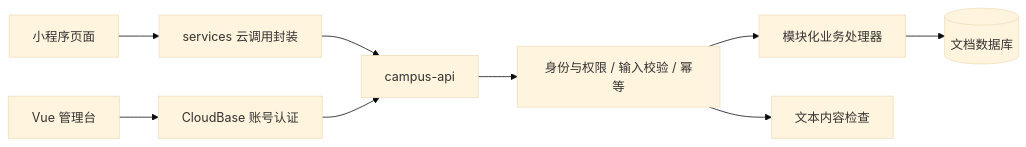
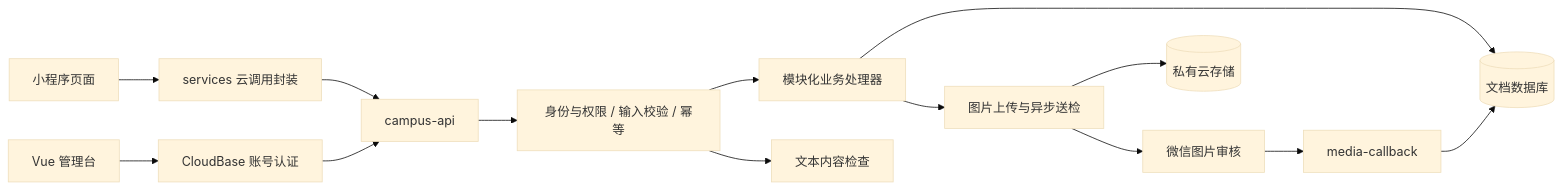
Before and after one commit to lkuko/ORR: the diagram in docs/technical-study-guide.md, drawn with Mermaid (base theme). The commit also changed other lines of this file and 2 other files, not shown here.

````diff
--- a/docs/technical-study-guide.md
+++ b/docs/technical-study-guide.md
@@ -39,11 +42,16 @@
 ```mermaid
 flowchart LR
   M[小程序页面] --> S[services 云调用封装]
   S --> F[campus-api]
   W[Vue 管理台] --> A[CloudBase 账号认证]
   A --> F
   F --> G[身份与权限 / 输入校验 / 幂等]
   G --> B[模块化业务处理器]
   B --> D[(文档数据库)]
   G --> C[文本内容检查]
+  B --> U[图片上传与异步送检]
+  U --> O[(私有云存储)]
+  U --> WX[微信图片审核]
+  WX --> CB[media-callback]
+  CB --> D
 ```
````
